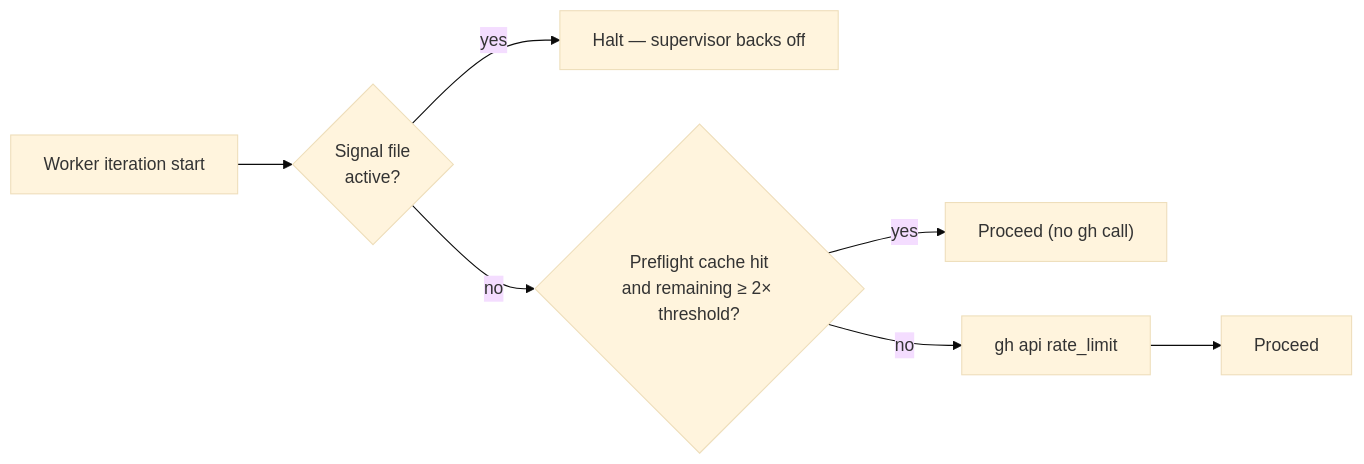
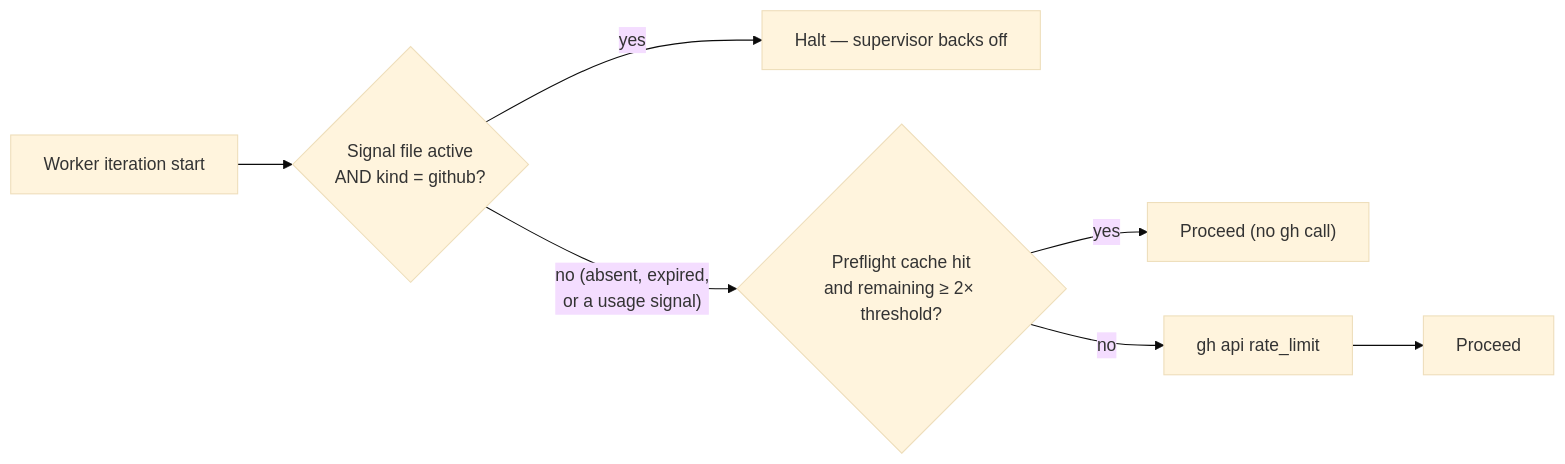
The second of 4 diagrams in docs/GH-API-OPTIMISATION.md (stSoftwareAU/VibeCoder), drawn with Mermaid (base theme) before and after one commit. The commit also changed other lines of this file and 12 other files, not shown here.

````diff
--- a/docs/GH-API-OPTIMISATION.md
+++ b/docs/GH-API-OPTIMISATION.md
@@ -62,16 +62,16 @@
 ```mermaid
 flowchart LR
     start["Worker iteration start"]
-    signal{"Signal file<br/>active?"}
+    signal{"Signal file active<br/>AND kind = github?"}
     halt["Halt — supervisor backs off"]
     pcache{"Preflight cache hit<br/>and remaining ≥ 2× threshold?"}
     healthy["Proceed (no gh call)"]
     live["gh api rate_limit"]
     proceed["Proceed"]
 
     start --> signal
     signal -- yes --> halt
-    signal -- no --> pcache
+    signal -- "no (absent, expired,<br/>or a usage signal)" --> pcache
     pcache -- yes --> healthy
     pcache -- no --> live --> proceed
 ```
````
